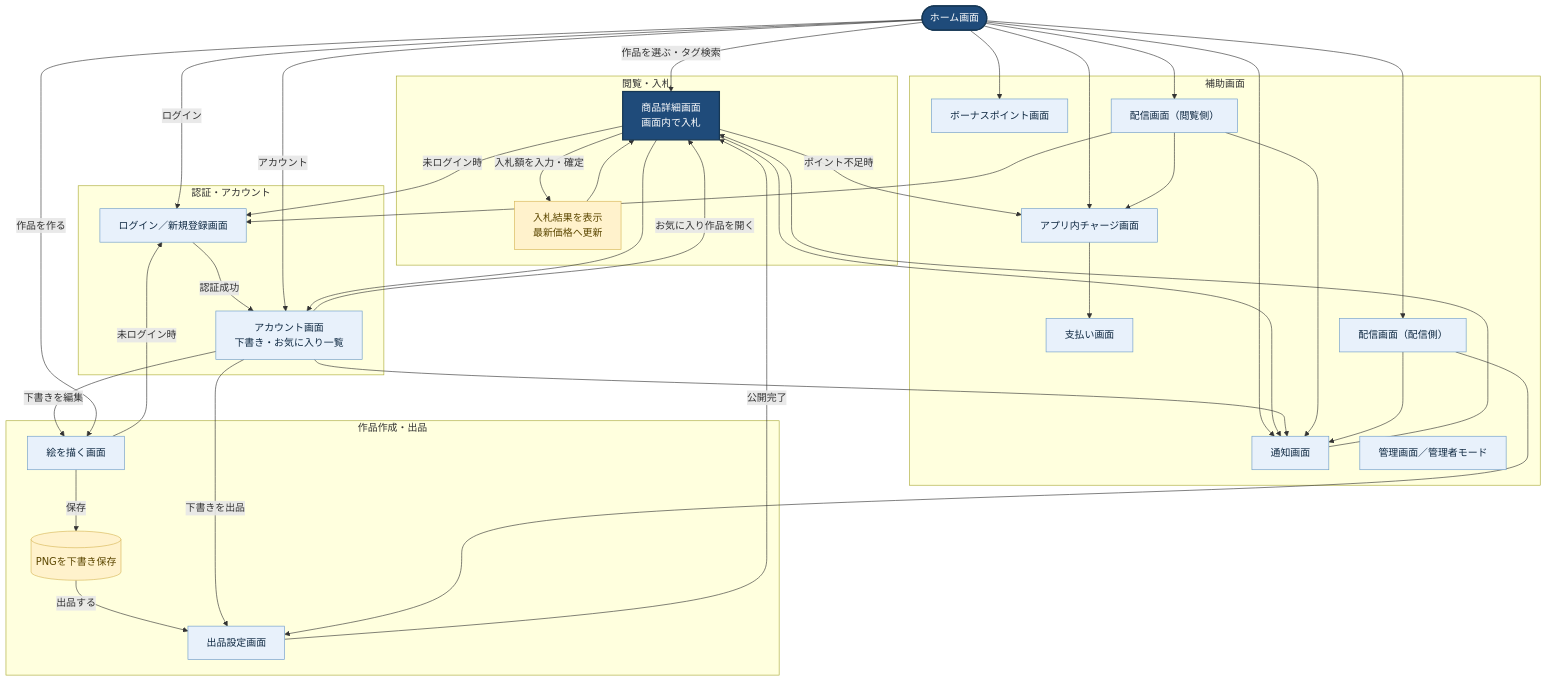
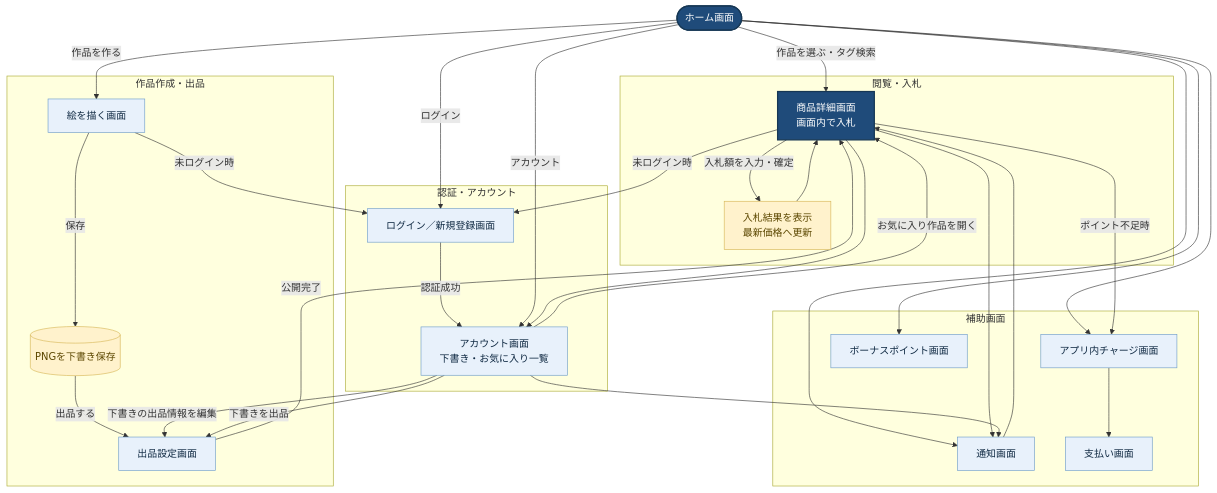
Before and after one commit to terrible0901/Hal-Hew-2026-teams: the first of 3 diagrams in 設計・要件/画面遷移図.md, drawn with Mermaid. The commit also changed other lines of this file and 30 other files, not shown here.

````diff
--- a/設計・要件/画面遷移図.md
+++ b/設計・要件/画面遷移図.md
@@ -5,69 +5,59 @@
 ```mermaid
 flowchart TB
     home([ホーム画面])
 
     subgraph browse[閲覧・入札]
         detail[商品詳細画面<br/>画面内で入札]
         bid_ok[入札結果を表示<br/>最新価格へ更新]
         detail -->|入札額を入力・確定| bid_ok --> detail
     end
 
     subgraph create[作品作成・出品]
         draw[絵を描く画面]
         draft[(PNGを下書き保存)]
         listing[出品設定画面]
         draw -->|保存| draft
         draft -->|出品する| listing
         listing -->|公開完了| detail
     end
 
     subgraph member[認証・アカウント]
         login[ログイン／新規登録画面]
         account[アカウント画面<br/>下書き・お気に入り一覧]
         login -->|認証成功| account
-        account -->|下書きを編集| draw
+        account -->|下書きの出品情報を編集| listing
         account -->|下書きを出品| listing
         account -->|お気に入り作品を開く| detail
     end
 
     subgraph support[補助画面]
         notice[通知画面]
         charge[アプリ内チャージ画面]
         payment[支払い画面]
         bonus[ボーナスポイント画面]
-        viewer[配信画面（閲覧側）]
-        streamer[配信画面（配信側）]
-        admin[管理画面／管理者モード]
         charge --> payment
     end
 
     home -->|作品を選ぶ・タグ検索| detail
     home -->|作品を作る| draw
     home -->|ログイン| login
     home -->|アカウント| account
     home --> notice
     home --> charge
     home --> bonus
-    home --> viewer
-    home --> streamer
 
     detail -->|未ログイン時| login
     detail -->|ポイント不足時| charge
     detail --> notice
     detail --> account
     draw -->|未ログイン時| login
     notice --> detail
     account --> notice
-    viewer --> notice
-    viewer --> login
-    viewer --> charge
-    streamer --> listing
-    streamer --> notice
 
     classDef primary fill:#1f4b7a,color:#fff,stroke:#163754,stroke-width:2px
     classDef process fill:#e8f1fb,color:#102a43,stroke:#6c9bc9
     classDef state fill:#fff2cc,color:#5c4700,stroke:#d6b656
     class home,detail primary
-    class draw,listing,login,account,notice,charge,payment,bonus,viewer,streamer,admin process
+    class draw,listing,login,account,notice,charge,payment,bonus process
     class draft,bid_ok state
 ```
````
